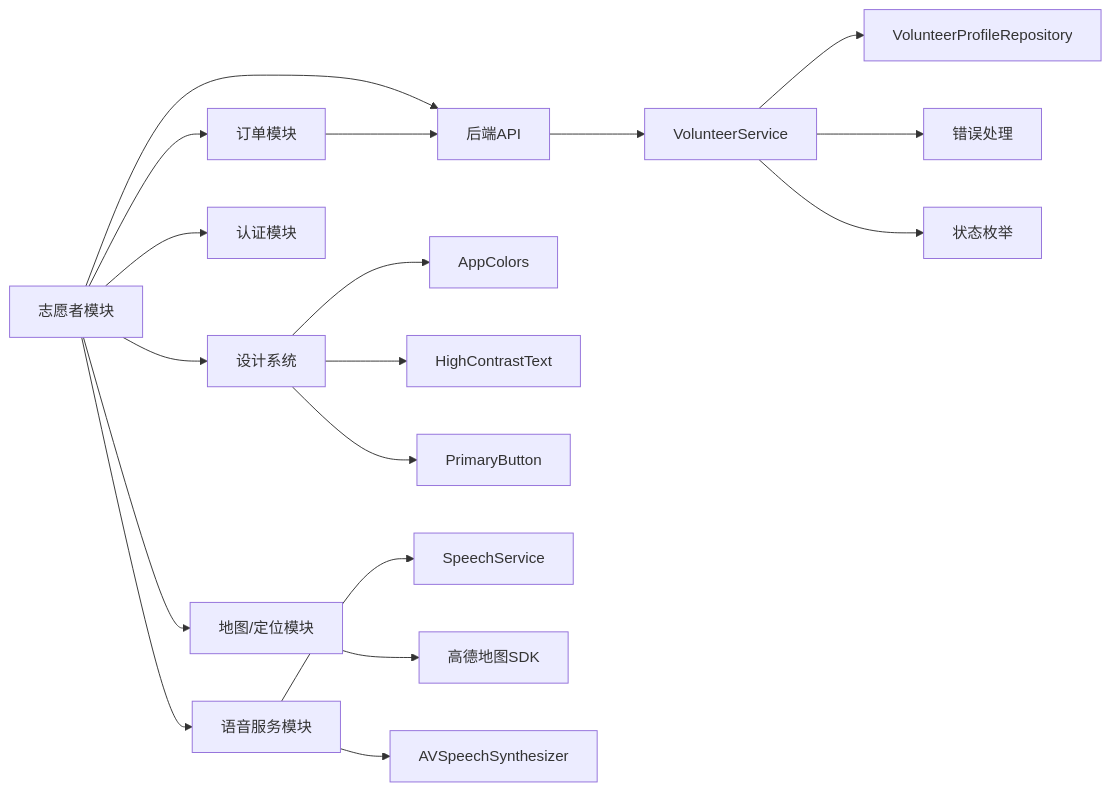
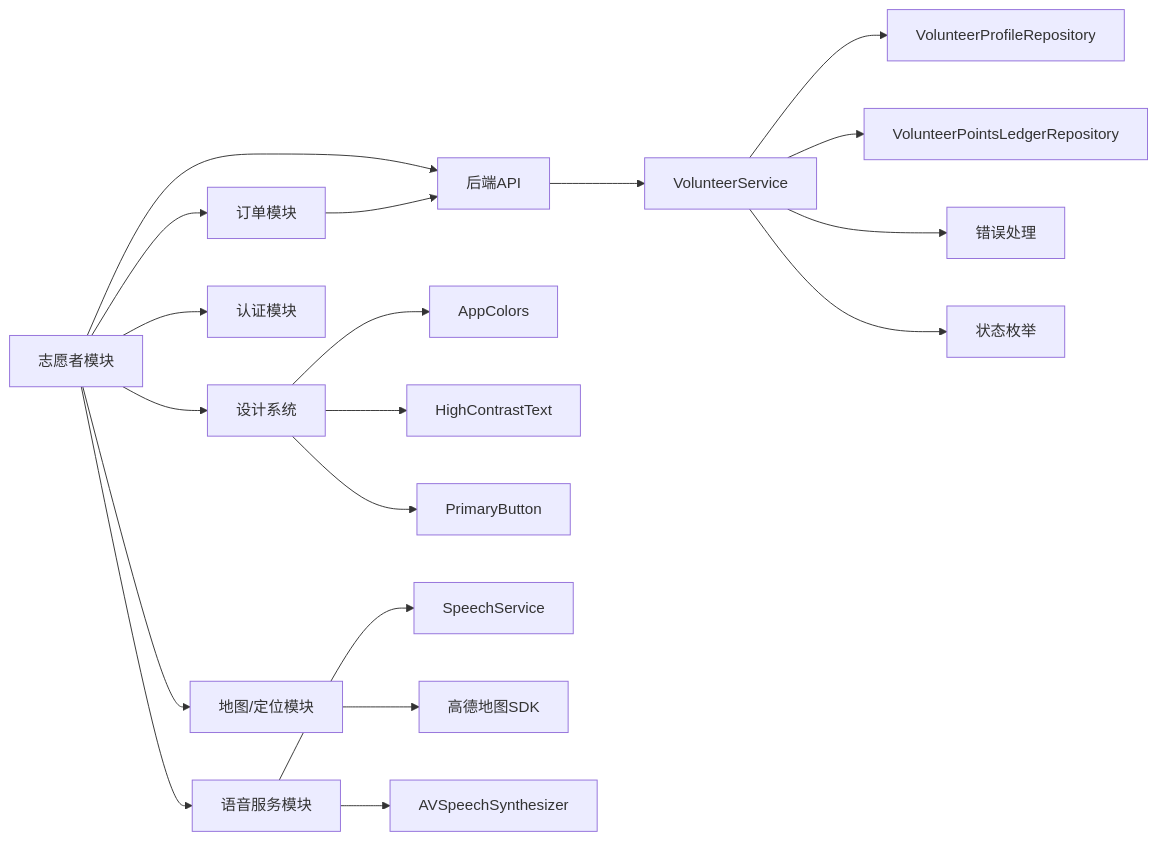
Diagram 13 of 13 in .qoder/repowiki/zh/content/架构设计/模块化架构设计/Volunteer 志愿者模块.md (Jayden23018/blind-run-ios), drawn with Mermaid before and after one commit. The commit also changed other lines of this file and 11 other files, not shown here.

Commit message:
Unify emergency safety flow and status handling

````diff
--- a/.qoder/repowiki/zh/content/架构设计/模块化架构设计/Volunteer 志愿者模块.md
+++ b/.qoder/repowiki/zh/content/架构设计/模块化架构设计/Volunteer 志愿者模块.md
@@ -620,20 +668,21 @@
 ```mermaid
 graph LR
 VOL["志愿者模块"] --> ORD["订单模块"]
 VOL --> MAP["地图/定位模块"]
 VOL --> AUTH["认证模块"]
 VOL --> VOICE["语音服务模块"]
 VOL --> DESIGN["设计系统"]
 VOL --> API["后端API"]
 API --> SERVICE["VolunteerService"]
 SERVICE --> REPO["VolunteerProfileRepository"]
+SERVICE --> POINTS_REPO["VolunteerPointsLedgerRepository"]
 SERVICE --> ERROR["错误处理"]
 SERVICE --> ENUM["状态枚举"]
 DESIGN --> COLORS["AppColors"]
 DESIGN --> TEXT["HighContrastText"]
 DESIGN --> BUTTON["PrimaryButton"]
 VOICE --> SPEECH["SpeechService"]
 ORD --> API
 MAP --> AMap["高德地图SDK"]
 VOICE --> TTS["AVSpeechSynthesizer"]
 ```
````
